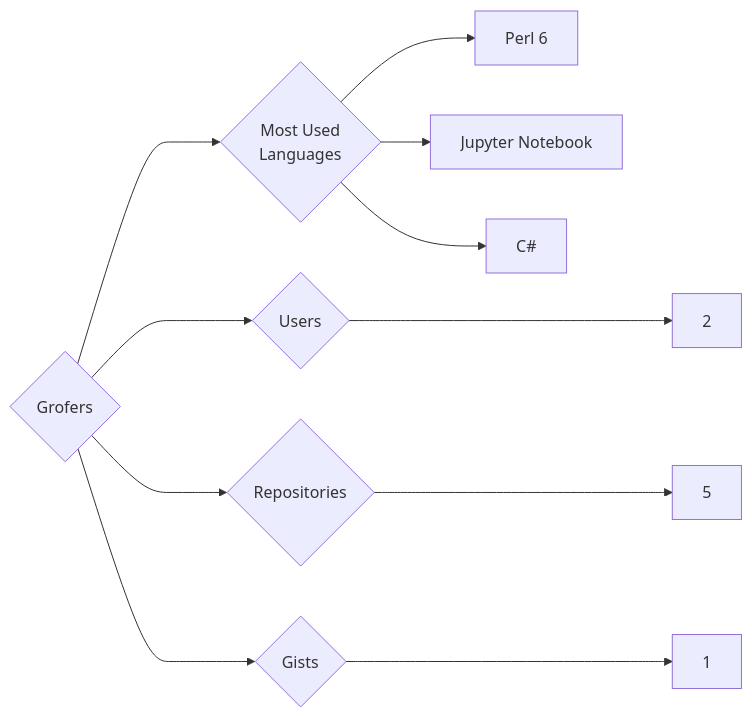
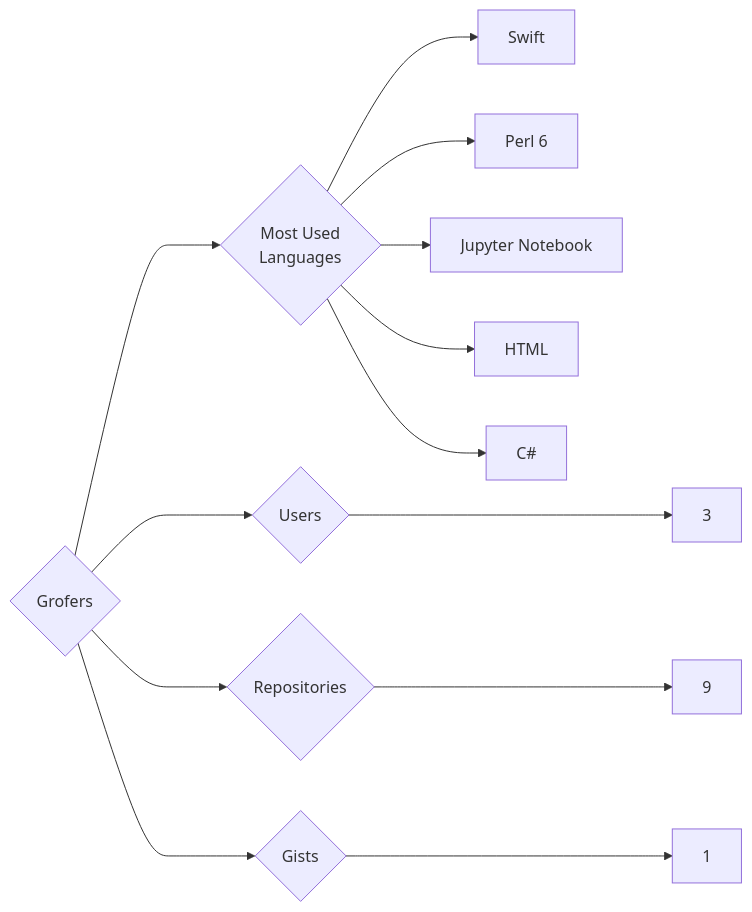
Before and after one commit to trickest/insiders: the diagram in targets/Grofers/README.md, drawn with Mermaid. The commit also changed 873 other files, not shown here.

````diff
--- a/targets/Grofers/README.md
+++ b/targets/Grofers/README.md
@@ -3,11 +3,13 @@
 ```mermaid
 graph LR
 COMPANY_NAME{Grofers}
-COMPANY_NAME ---> U{Users} ---> UN[2]
-COMPANY_NAME ---> R{Repositories} ---> RN[5]
+COMPANY_NAME ---> U{Users} ---> UN[3]
+COMPANY_NAME ---> R{Repositories} ---> RN[9]
 COMPANY_NAME ---> G{Gists} ---> GN[1]
 COMPANY_NAME ---> ML{Most Used<br>Languages}
+ML --> Swift[Swift]
 ML --> Perl_6[Perl 6]
 ML --> Jupyter_Notebook[Jupyter Notebook]
+ML --> HTML[HTML]
 ML --> C#[C#]
 ```
````
